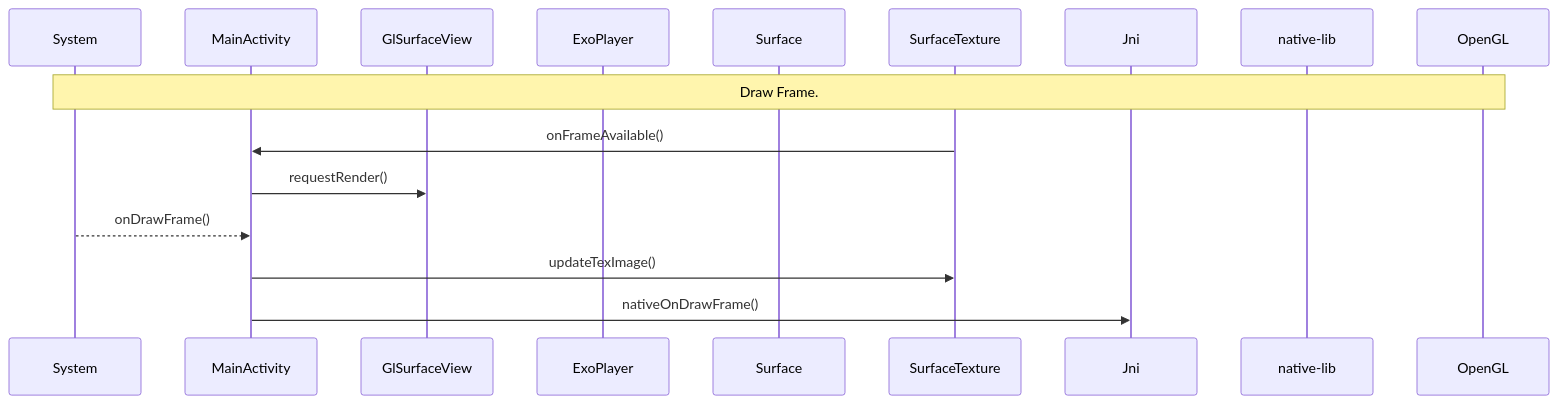
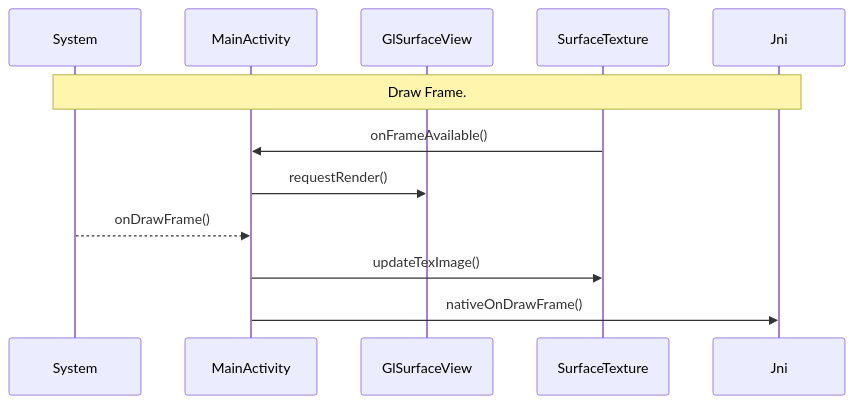
Before and after one commit to aaaa1597/AndKot-VideoPlaybackPlanePolySampleG: the sixth of 6 diagrams in README.md, drawn with Mermaid. The commit also changed other lines of this file, not shown here.

````diff
--- a/README.md
+++ b/README.md
@@ -99,19 +95,15 @@
 ```mermaid
 sequenceDiagram
     participant System
     participant MainActivity
     participant GlSurfaceView
-    participant ExoPlayer
-    participant Surface
     participant SurfaceTexture
     participant Jni
-    participant native-lib
-    participant OpenGL
     %% ------------------------
-    Note over System, OpenGL: Draw Frame.
+    Note over System, Jni: Draw Frame.
     SurfaceTexture->>MainActivity: onFrameAvailable()
     MainActivity->>GlSurfaceView: requestRender()
     System-->>MainActivity: onDrawFrame()
     MainActivity->>SurfaceTexture: updateTexImage()
     MainActivity->>Jni: nativeOnDrawFrame()
 ```
````
